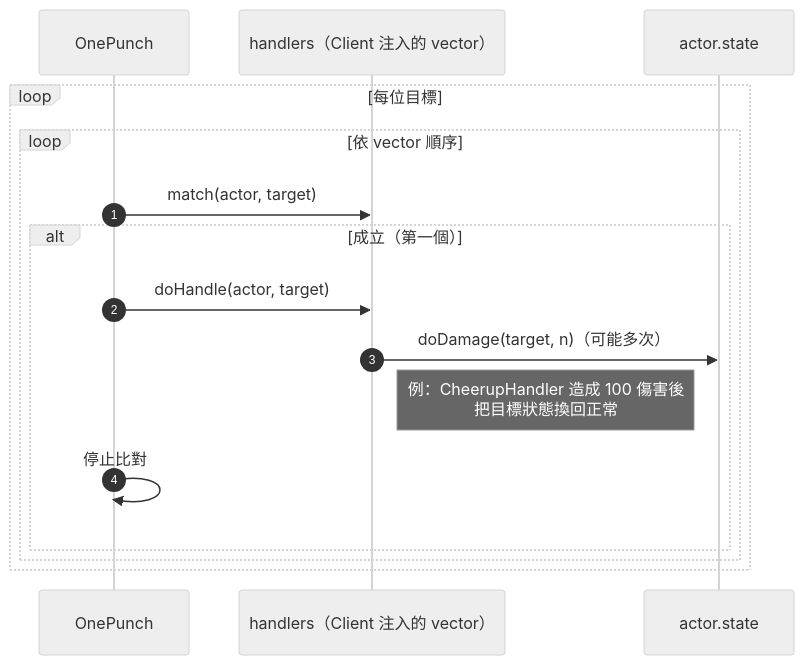
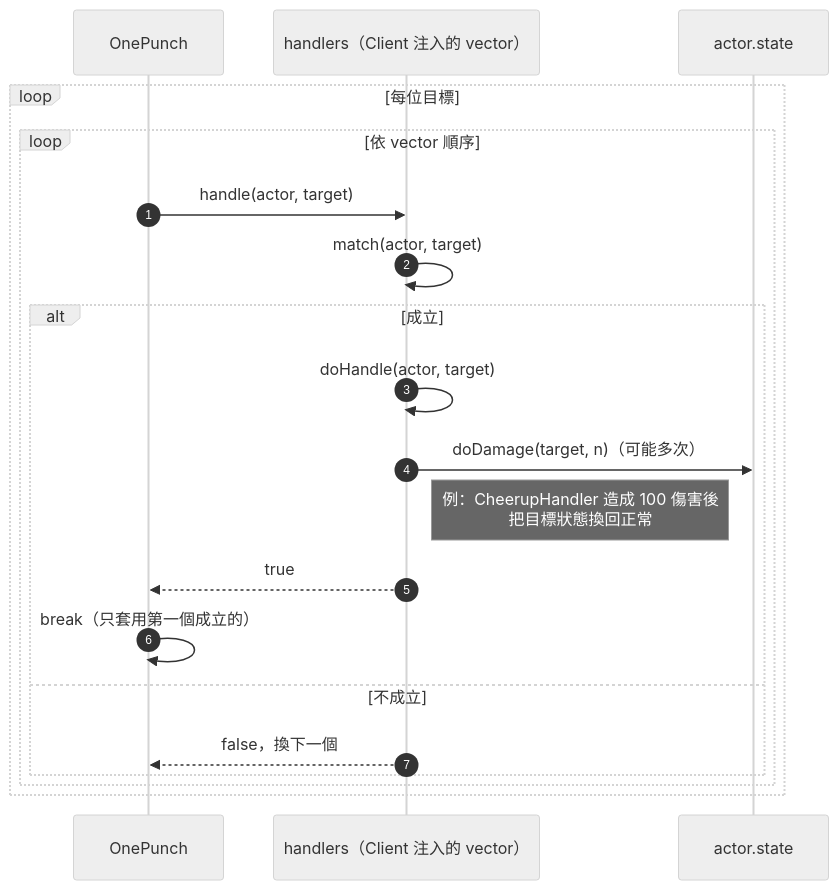
Before and after one commit to Chang-anthony/DesignPattern: diagram 11 of 13 in RPGGame/diagrams.md, drawn with Mermaid (neutral theme). The commit also changed other lines of this file and 1 other file, not shown here.

First line of the commit message:
docs(rpggame): sync diagrams.md with implemented Role, Skill, and Observer

````diff
--- a/RPGGame/diagrams.md
+++ b/RPGGame/diagrams.md
@@ -347,19 +667,23 @@
 ```mermaid
 sequenceDiagram
     autonumber
     participant OP as OnePunch
     participant H as handlers（Client 注入的 vector）
     participant AS as actor.state
 
     loop 每位目標
         loop 依 vector 順序
-            OP->>H: match(actor, target)
-            alt 成立（第一個）
-                OP->>H: doHandle(actor, target)
+            OP->>H: handle(actor, target)
+            H->>H: match(actor, target)
+            alt 成立
+                H->>H: doHandle(actor, target)
                 H->>AS: doDamage(target, n)（可能多次）
                 Note right of H: 例：CheerupHandler 造成 100 傷害後<br/>把目標狀態換回正常
-                OP->>OP: 停止比對
+                H-->>OP: true
+                OP->>OP: break（只套用第一個成立的）
+            else 不成立
+                H-->>OP: false，換下一個
             end
         end
     end
 ```
````
